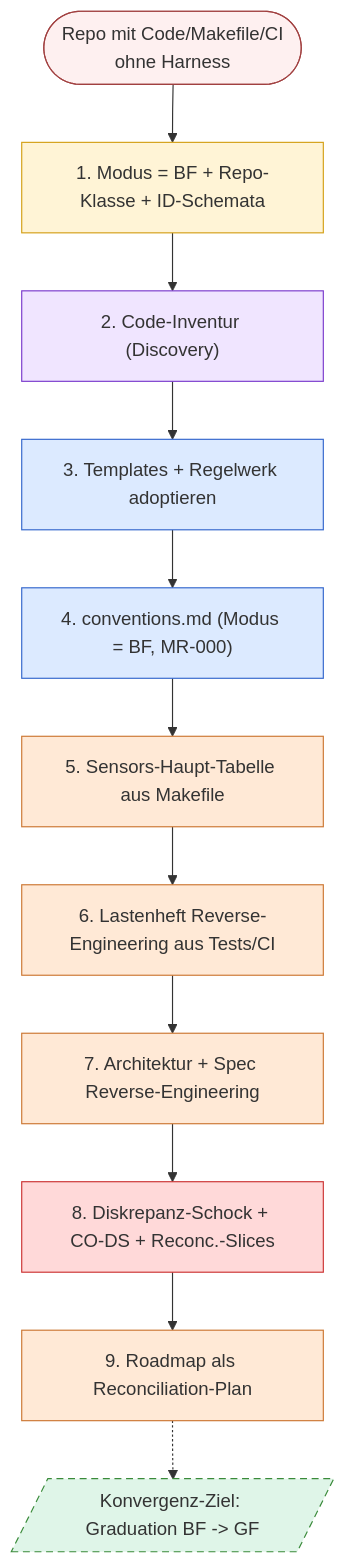
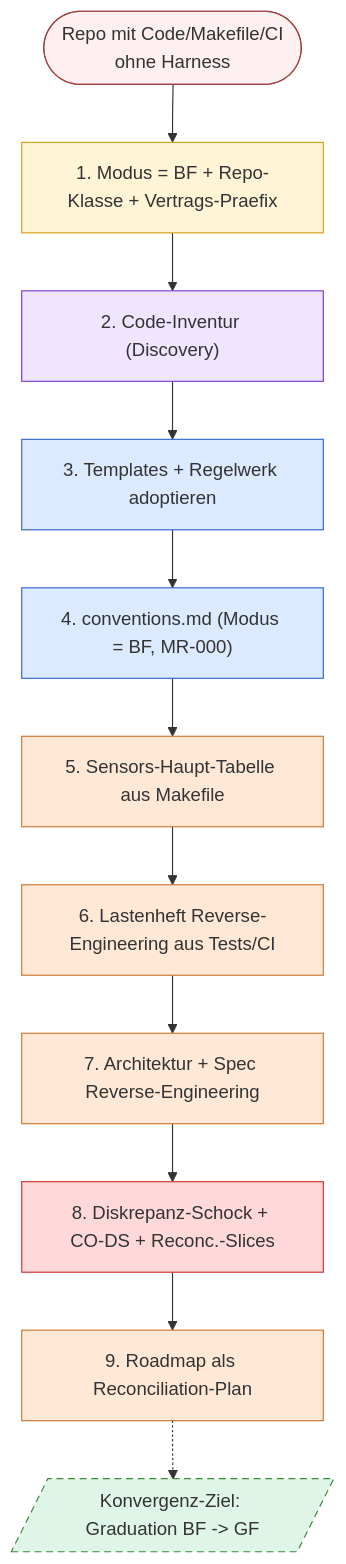
Before and after one commit to pt9912/ai-harness-course: the second of 2 diagrams in kurs/de/01-spec-und-architektur/modul-02-harness-bootstrap.md, drawn with Mermaid. The commit also changed other lines of this file and 31 other files, not shown here.

````diff
--- a/kurs/de/01-spec-und-architektur/modul-02-harness-bootstrap.md
+++ b/kurs/de/01-spec-und-architektur/modul-02-harness-bootstrap.md
@@ -595,24 +595,24 @@
 ```mermaid
 flowchart TD
     Start([Repo mit Code/Makefile/CI<br/>ohne Harness]):::startBF
-    S1["1. Modus = BF + Repo-Klasse + ID-Schemata"]:::orient
+    S1["1. Modus = BF + Repo-Klasse + Vertrags-Praefix"]:::orient
     S2["2. Code-Inventur (Discovery)"]:::discover
     S3["3. Templates + Regelwerk adoptieren"]:::action
     S4["4. conventions.md (Modus = BF, MR-000)"]:::action
     S5["5. Sensors-Haupt-Tabelle aus Makefile"]:::contentBF
     S6["6. Lastenheft Reverse-Engineering aus Tests/CI"]:::contentBF
     S7["7. Architektur + Spec Reverse-Engineering"]:::contentBF
     S8["8. Diskrepanz-Schock + CO-DS + Reconc.-Slices"]:::discrepancy
     S9["9. Roadmap als Reconciliation-Plan"]:::contentBF
     Graduation[/"Konvergenz-Ziel: Graduation BF -> GF"/]:::goal
 
     Start --> S1 --> S2 --> S3 --> S4 --> S5 --> S6 --> S7 --> S8 --> S9 -.-> Graduation
 
     classDef startBF fill:#fef0f0,stroke:#a14040
     classDef orient fill:#fff4d6,stroke:#d4a017
     classDef action fill:#dceaff,stroke:#3366cc
     classDef discover fill:#f0e5ff,stroke:#7a3acc
     classDef contentBF fill:#ffe9d6,stroke:#cc7733
     classDef discrepancy fill:#ffd9d9,stroke:#cc3333
     classDef goal fill:#dff5e8,stroke:#3a8a3a,stroke-dasharray: 6 4
 ```
````
